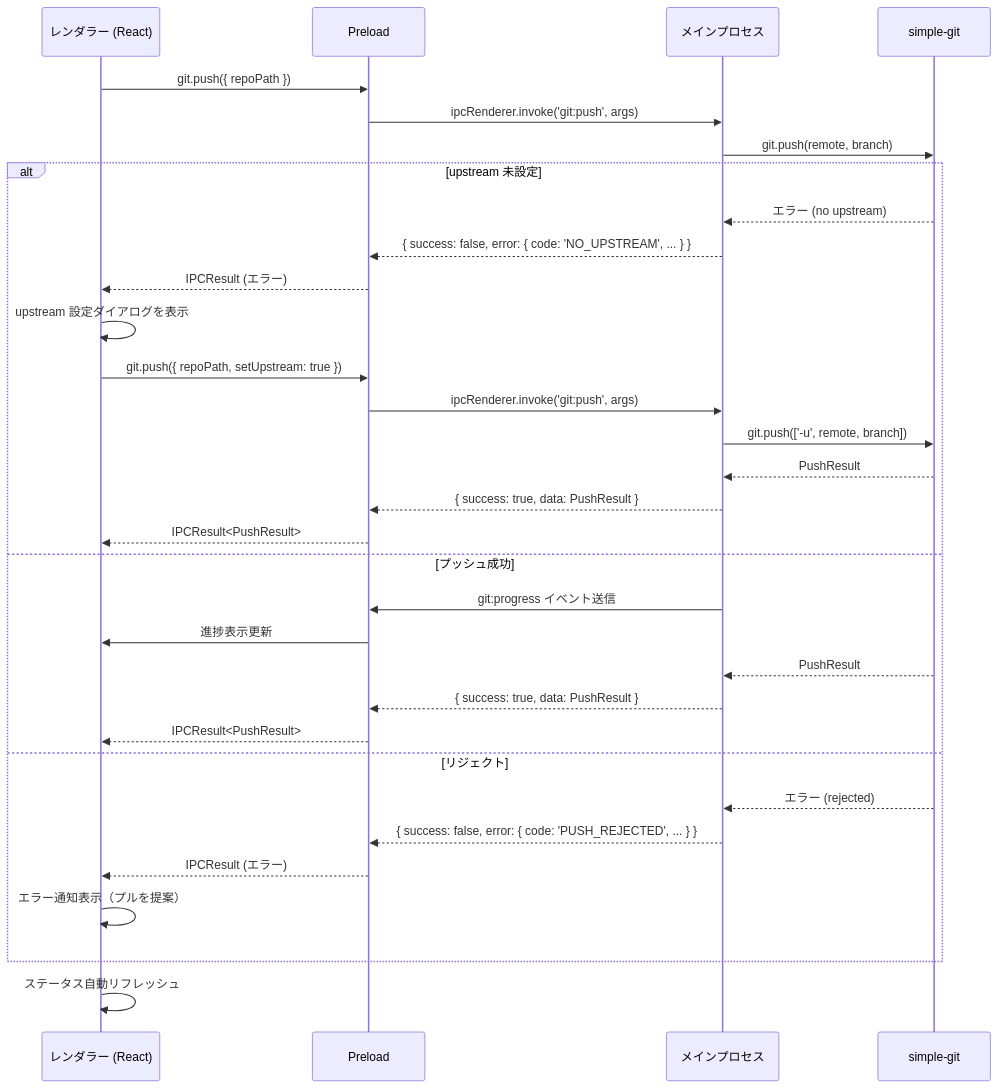
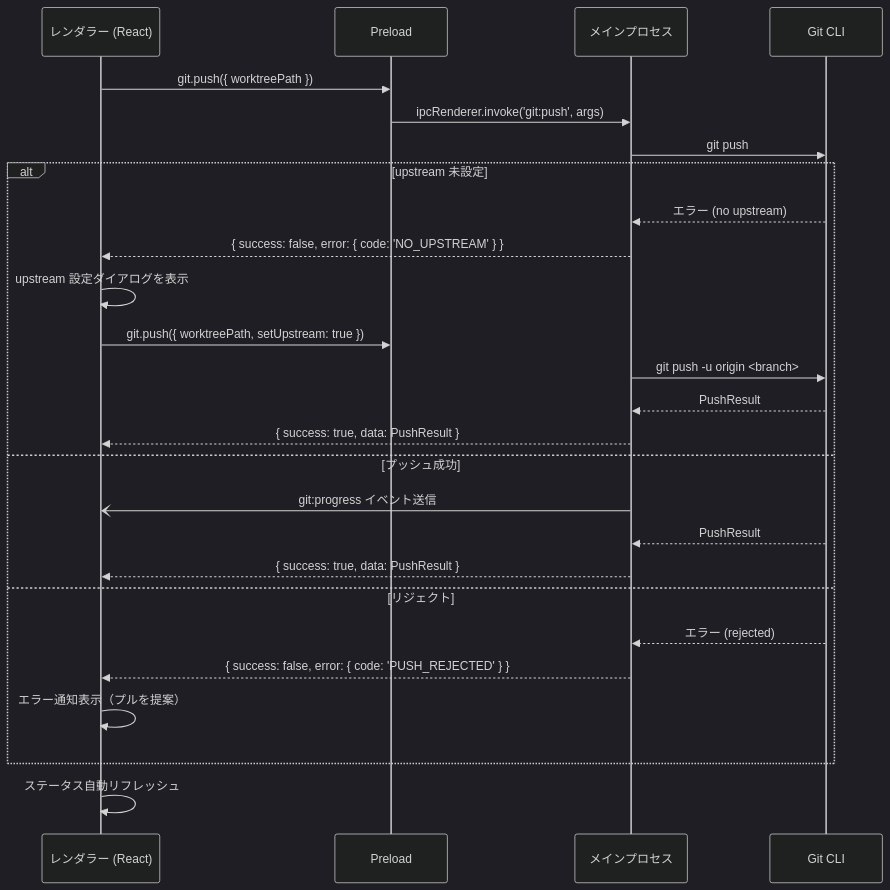
Before and after one commit to ToshikiImagawa/Buruma: the second of 3 diagrams in .sdd/specification/basic-git-operations_spec.md, drawn with Mermaid. The commit also changed other lines of this file and 2 other files, not shown here.

First line of the commit message:
[docs] Revise *basic-git-operations.md* with updated structure and enhanced details

````diff
--- a/.sdd/specification/basic-git-operations_spec.md
+++ b/.sdd/specification/basic-git-operations_spec.md
@@ -372,37 +346,32 @@
 ```mermaid
+%%{init: {'theme': 'dark'}}%%
 sequenceDiagram
     participant Renderer as レンダラー (React)
     participant Preload as Preload
     participant Main as メインプロセス
-    participant Git as simple-git
+    participant Git as Git CLI
 
-    Renderer ->> Preload: git.push({ repoPath })
+    Renderer ->> Preload: git.push({ worktreePath })
     Preload ->> Main: ipcRenderer.invoke('git:push', args)
-    Main ->> Git: git.push(remote, branch)
+    Main ->> Git: git push
 
     alt upstream 未設定
         Git -->> Main: エラー (no upstream)
-        Main -->> Preload: { success: false, error: { code: 'NO_UPSTREAM', ... } }
-        Preload -->> Renderer: IPCResult (エラー)
+        Main -->> Renderer: { success: false, error: { code: 'NO_UPSTREAM' } }
         Renderer ->> Renderer: upstream 設定ダイアログを表示
-        Renderer ->> Preload: git.push({ repoPath, setUpstream: true })
-        Preload ->> Main: ipcRenderer.invoke('git:push', args)
-        Main ->> Git: git.push(['-u', remote, branch])
+        Renderer ->> Preload: git.push({ worktreePath, setUpstream: true })
+        Main ->> Git: git push -u origin <branch>
         Git -->> Main: PushResult
-        Main -->> Preload: { success: true, data: PushResult }
-        Preload -->> Renderer: IPCResult<PushResult>
+        Main -->> Renderer: { success: true, data: PushResult }
     else プッシュ成功
-        Main ->> Preload: git:progress イベント送信
-        Preload ->> Renderer: 進捗表示更新
+        Main -) Renderer: git:progress イベント送信
         Git -->> Main: PushResult
-        Main -->> Preload: { success: true, data: PushResult }
-        Preload -->> Renderer: IPCResult<PushResult>
+        Main -->> Renderer: { success: true, data: PushResult }
     else リジェクト
         Git -->> Main: エラー (rejected)
-        Main -->> Preload: { success: false, error: { code: 'PUSH_REJECTED', ... } }
-        Preload -->> Renderer: IPCResult (エラー)
+        Main -->> Renderer: { success: false, error: { code: 'PUSH_REJECTED' } }
         Renderer ->> Renderer: エラー通知表示（プルを提案）
     end
 
     Renderer ->> Renderer: ステータス自動リフレッシュ
 ```
````
